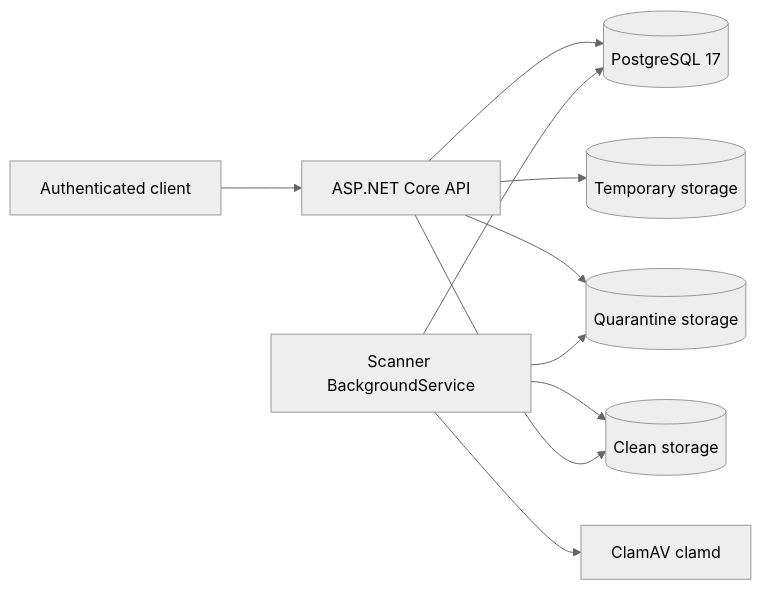
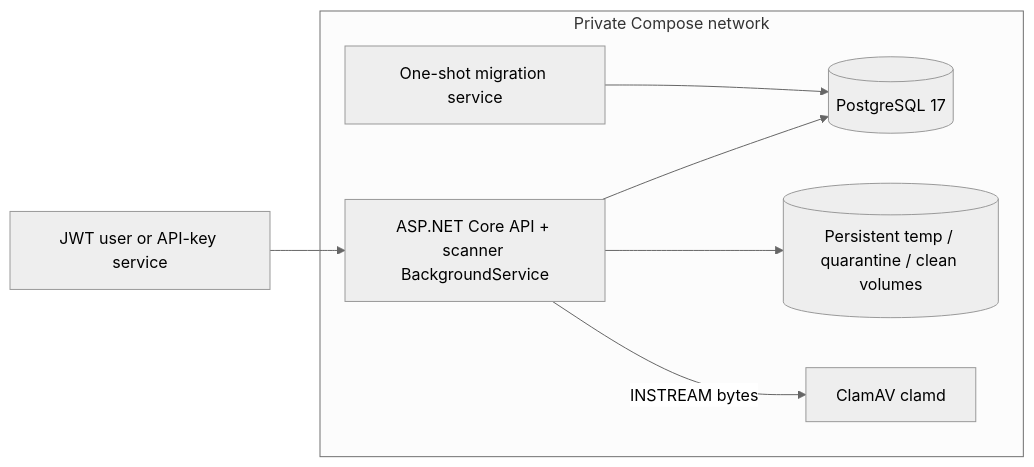
The first of 2 diagrams in docs/architecture.md (keremy321/FileSentry), drawn with Mermaid (neutral theme) before and after one commit. The commit also changed other lines of this file and 23 other files, not shown here.

Commit message:
feat: containerize API and add service authentication

````diff
--- a/docs/architecture.md
+++ b/docs/architecture.md
@@ -10,12 +10,15 @@
 ```mermaid
 flowchart LR
-    Client[Authenticated client] --> API[ASP.NET Core API]
-    API --> DB[(PostgreSQL 17)]
-    API --> Temp[(Temporary storage)]
-    API --> Quarantine[(Quarantine storage)]
-    Worker[Scanner BackgroundService] --> DB
-    Worker --> Quarantine
-    Worker --> ClamAV[ClamAV clamd]
-    Worker --> Clean[(Clean storage)]
-    API --> Clean
+    Client[JWT user or API-key service] --> API
+    subgraph Compose[Private Compose network]
+        API[ASP.NET Core API + scanner BackgroundService]
+        Migrate[One-shot migration service]
+        DB[(PostgreSQL 17)]
+        Storage[(Persistent temp / quarantine / clean volumes)]
+        ClamAV[ClamAV clamd]
+        API --> DB
+        API --> Storage
+        API -->|INSTREAM bytes| ClamAV
+        Migrate --> DB
+    end
 ```
````
